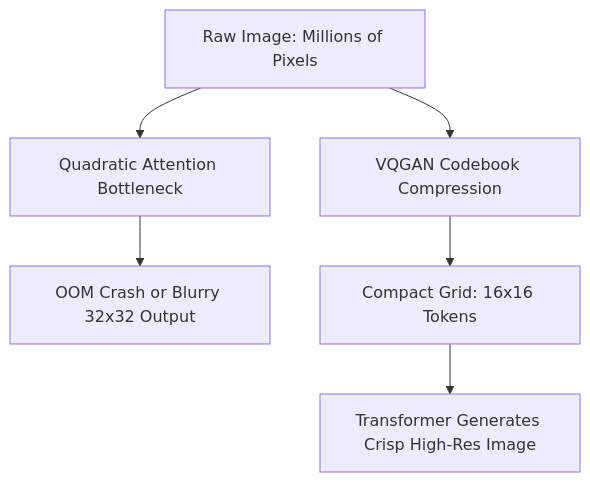
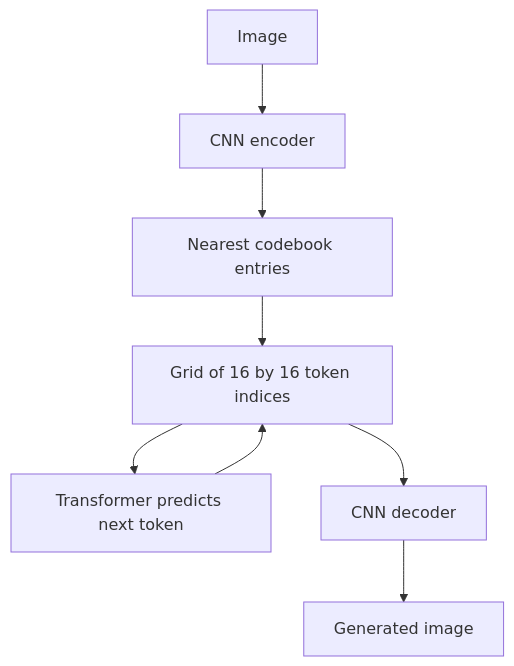
One commit to Tarunsai08/PaperStack changed the diagram in content/papers/taming-transformers-for-high-resolution-image-synthesis.md. Above: the diagram before and after it, drawn with Mermaid. The commit also changed other lines of this file and 10 other files, not shown here.

````diff
--- a/content/papers/taming-transformers-for-high-resolution-image-synthesis.md
+++ b/content/papers/taming-transformers-for-high-resolution-image-synthesis.md
@@ -77,8 +103,10 @@
 ```mermaid
 flowchart TD
-    A[Raw Image: Millions of Pixels] --> B[Quadratic Attention Bottleneck]
-    B --> C[OOM Crash or Blurry 32x32 Output]
-    A --> D[VQGAN Codebook Compression]
-    D --> E[Compact Grid: 16x16 Tokens]
-    E --> F[Transformer Generates Crisp High-Res Image]
+  A[Image] --> B[CNN encoder]
+  B --> C[Nearest codebook entries]
+  C --> D[Grid of 16 by 16 token indices]
+  D --> E[Transformer predicts next token]
+  E --> D
+  D --> F[CNN decoder]
+  F --> G[Generated image]
 ```
````
